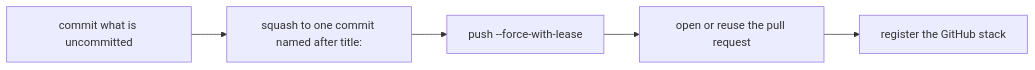
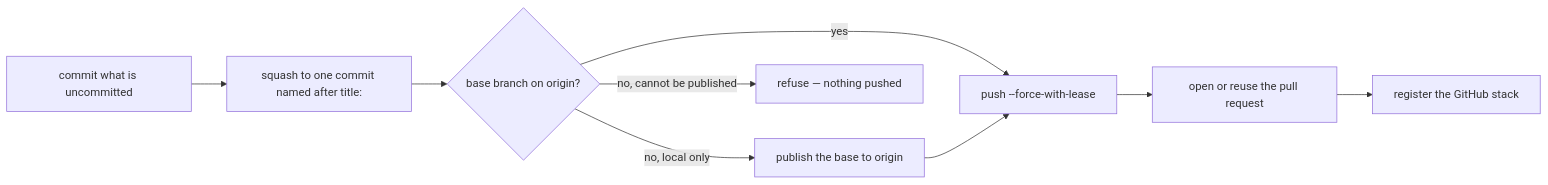
The diagram in docs/cli-reference.md (marvingygas/spoolway), drawn with Mermaid before and after one commit. The commit also changed 4 other files, not shown here.

Commit message:
fix(stack): publish the base before opening the pull request

````diff
--- a/docs/cli-reference.md
+++ b/docs/cli-reference.md
@@ -766,7 +766,10 @@
 ```mermaid
 flowchart LR
   A[commit what is uncommitted] --> B[squash to one commit named after title:]
-  B --> C[push --force-with-lease]
+  B --> H{base branch on origin?}
+  H -->|yes| C[push --force-with-lease]
+  H -->|no, local only| P[publish the base to origin] --> C
+  H -->|no, cannot be published| R[refuse — nothing pushed]
   C --> D[open or reuse the pull request]
   D --> E[register the GitHub stack]
 ```
````
